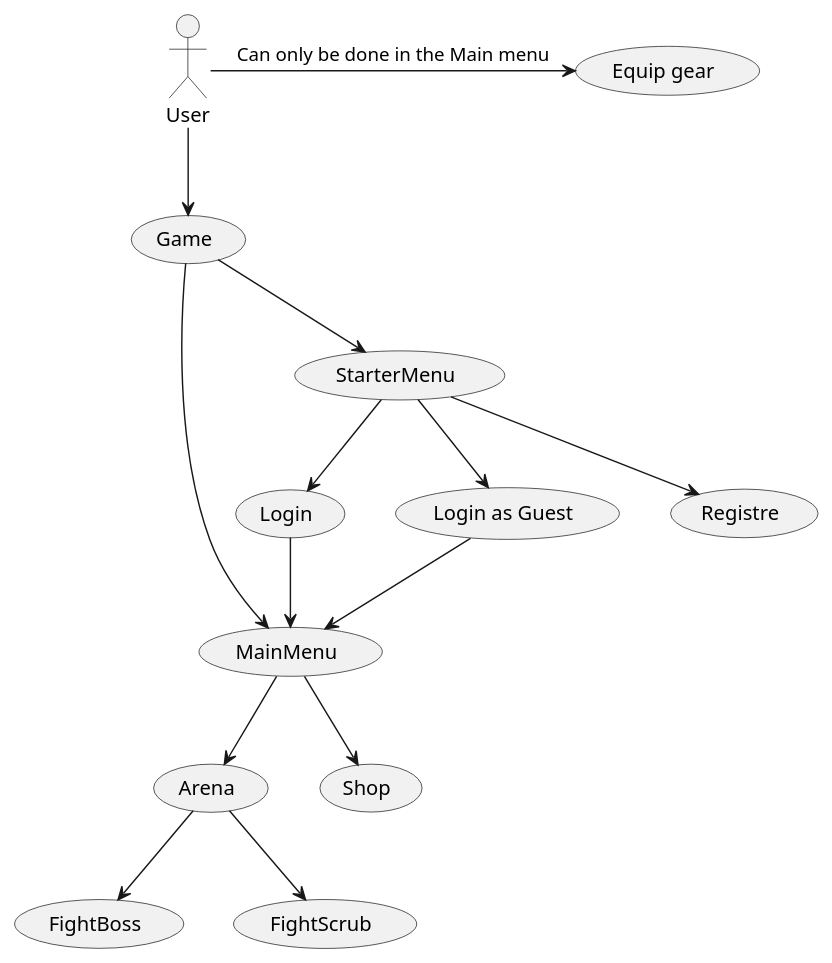
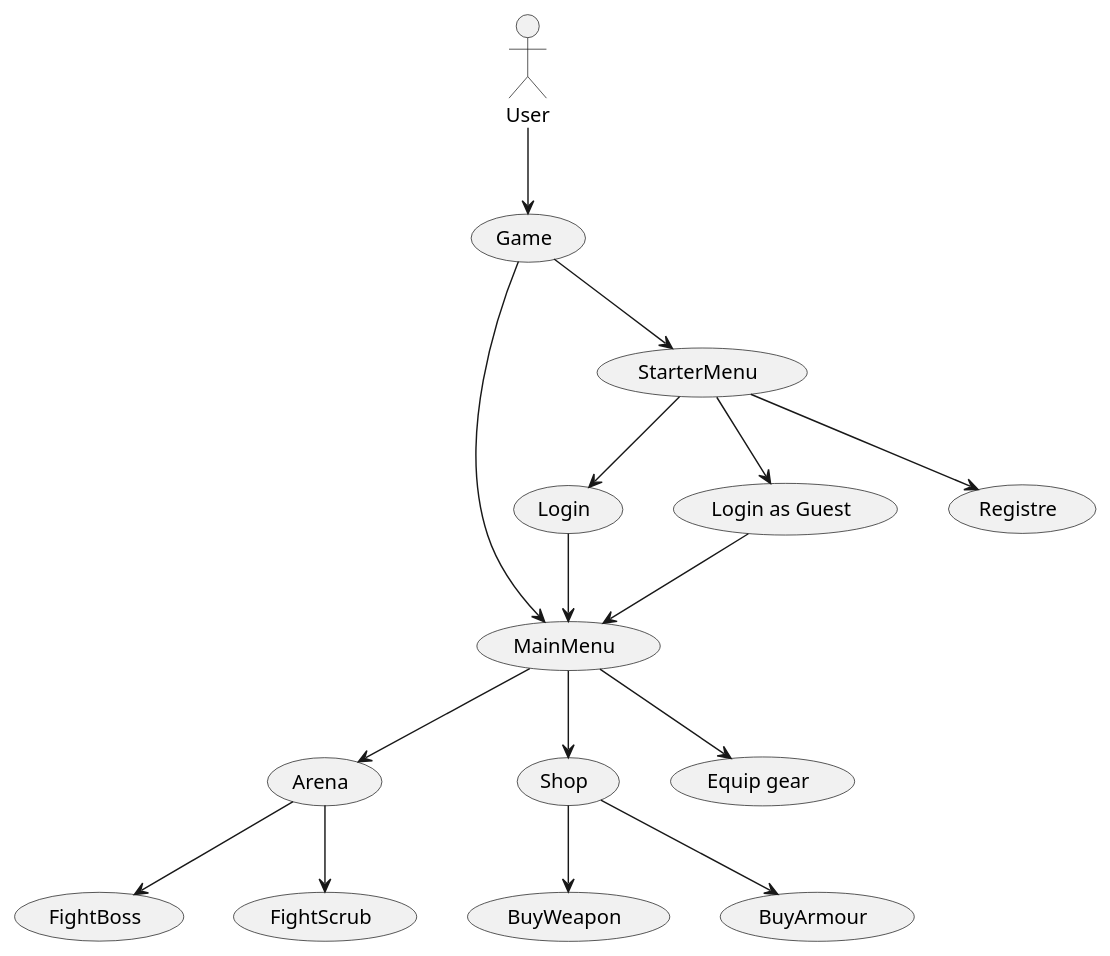
Before and after one commit to olivermjmj/Maend-der-slaes: the diagram in MaendDerSlaes/data/plantUML/DomainModel.puml, drawn with PlantUML.

Commit message:
Updated the domainModel

```diff
--- a/MaendDerSlaes/data/plantUML/DomainModel.puml
+++ b/MaendDerSlaes/data/plantUML/DomainModel.puml
@@ -1,19 +1,21 @@
 @startuml
 'https://plantuml.com/use-case-diagram
 
-User -> (Equip gear) : Can only be done in the Main menu
 User --> (Game)
 (Game) --> (StarterMenu)
 (StarterMenu) --> (Login)
 (StarterMenu) --> (Login as Guest)
 (StarterMenu) --> (Registre)
 (Game) -> (MainMenu)
 (Login) --> (MainMenu)
 (Login as Guest) --> (MainMenu)
 (MainMenu) --> (Arena)
 (MainMenu) --> (Shop)
+(Shop) --> (BuyWeapon)
+(Shop) --> (BuyArmour)
+(MainMenu) --> (Equip gear)
 
 (Arena) --> (FightBoss)
 (Arena) --> (FightScrub)
 
 @enduml
```
